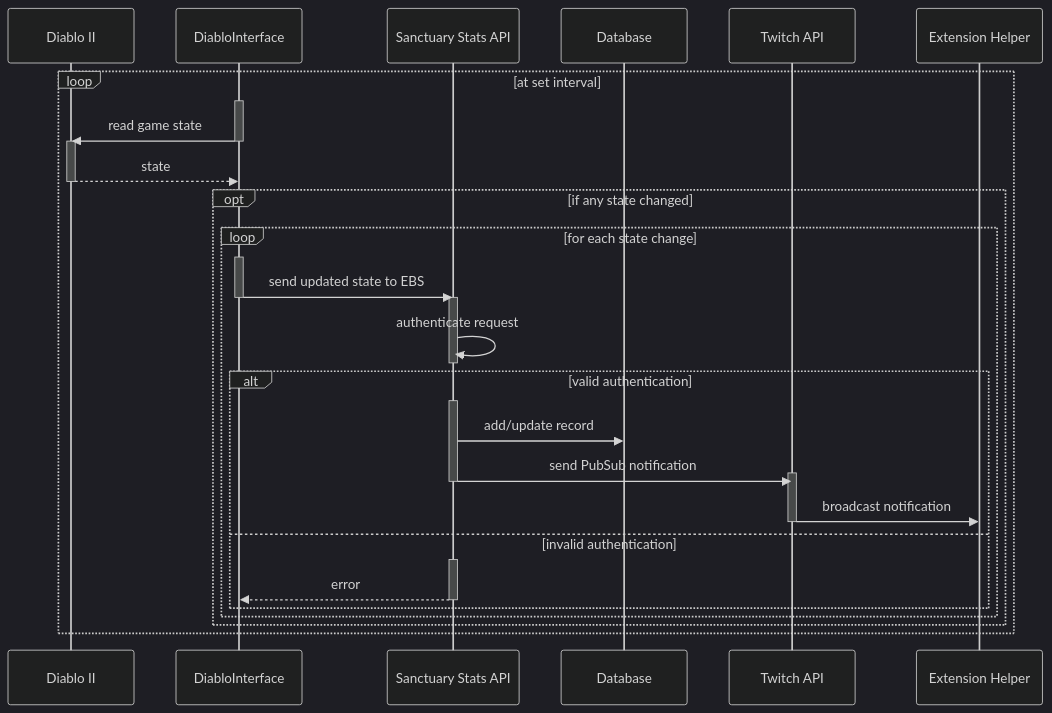
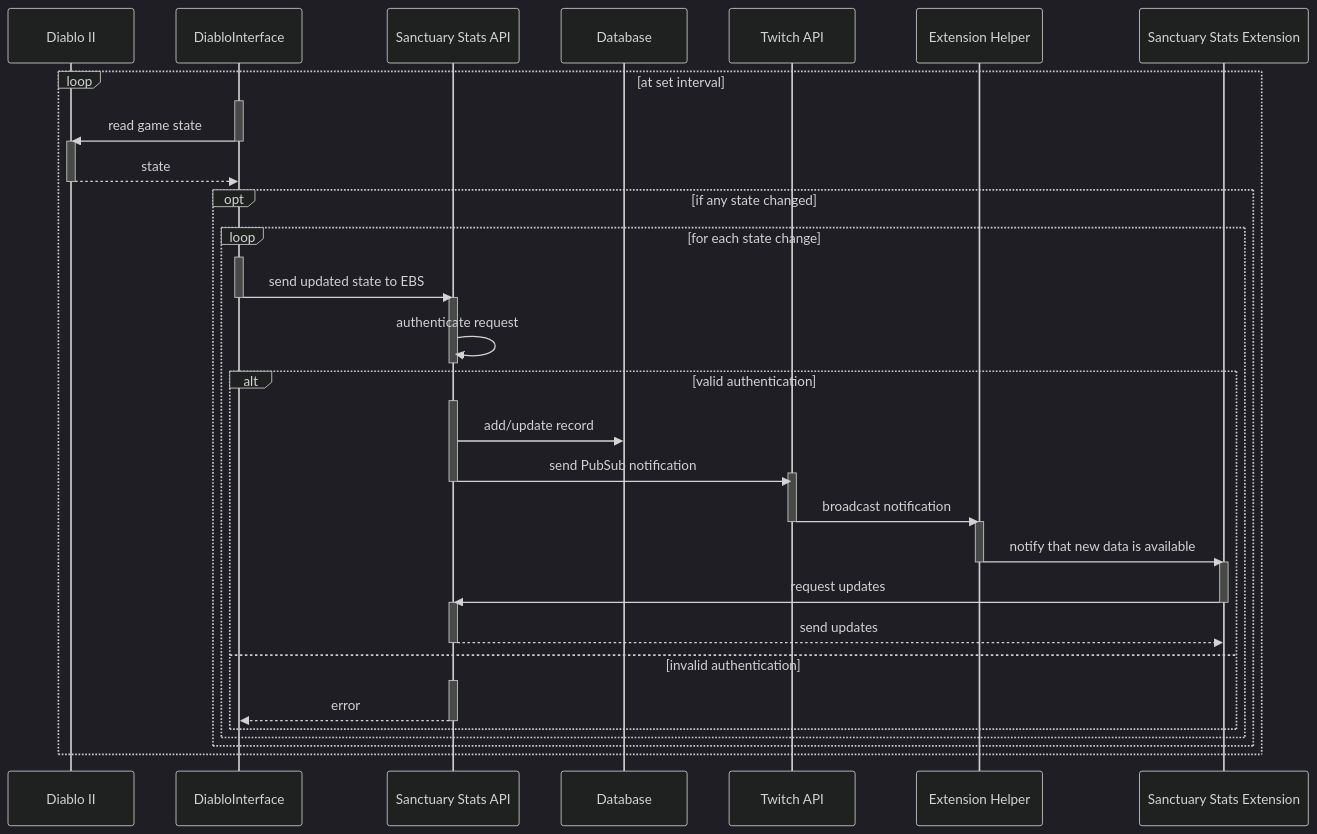
Before and after one commit to palmettos/sanctuary-stats-api: the diagram in docs/transaction_sequence.mmd, drawn with Mermaid (dark theme).

Commit message:
update sequence diagram

```diff
--- a/docs/transaction_sequence.mmd
+++ b/docs/transaction_sequence.mmd
@@ -1,40 +1,50 @@
 sequenceDiagram
 
 participant Diablo II
 participant DiabloInterface
 participant Sanctuary Stats API
 participant Database
 participant Twitch API
 participant Extension Helper
+participant Sanctuary Stats Extension
 
 loop at set interval
   Activate DiabloInterface
   DiabloInterface ->> Diablo II: read game state
   Deactivate DiabloInterface
   Activate Diablo II
   Diablo II -->> DiabloInterface: state
   Deactivate Diablo II
   opt if any state changed
     loop for each state change
       Activate DiabloInterface
       DiabloInterface ->> Sanctuary Stats API: send updated state to EBS
       Deactivate DiabloInterface
       Activate Sanctuary Stats API
       Sanctuary Stats API ->> Sanctuary Stats API: authenticate request
       Deactivate Sanctuary Stats API
       alt valid authentication
         Activate Sanctuary Stats API
         Sanctuary Stats API ->> Database: add/update record
         Sanctuary Stats API ->> Twitch API: send PubSub notification
         Activate Twitch API
         Deactivate Sanctuary Stats API
         Twitch API ->> Extension Helper: broadcast notification
         Deactivate Twitch API
+        Activate Extension Helper
+        Extension Helper ->> Sanctuary Stats Extension: notify that new data is available
+        Deactivate Extension Helper
+        Activate Sanctuary Stats Extension
+        Sanctuary Stats Extension ->> Sanctuary Stats API: request updates
+        Deactivate Sanctuary Stats Extension
+        Activate Sanctuary Stats API
+        Sanctuary Stats API -->> Sanctuary Stats Extension: send updates
+        Deactivate Sanctuary Stats API
       else invalid authentication
         Activate Sanctuary Stats API
         Sanctuary Stats API -->> DiabloInterface: error
         Deactivate Sanctuary Stats API
       end
     end
   end
 end
```
